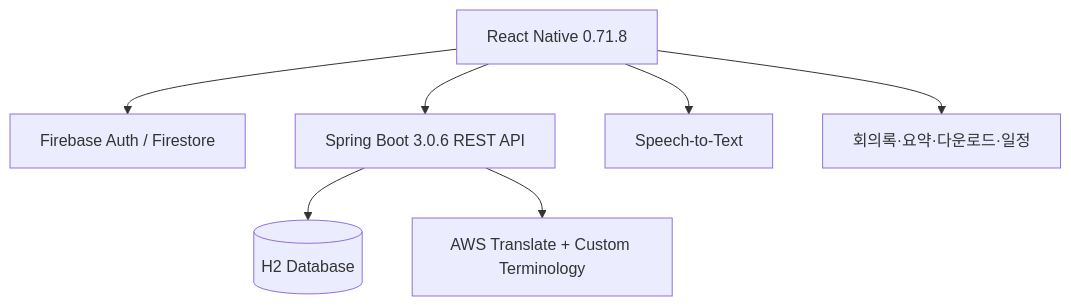
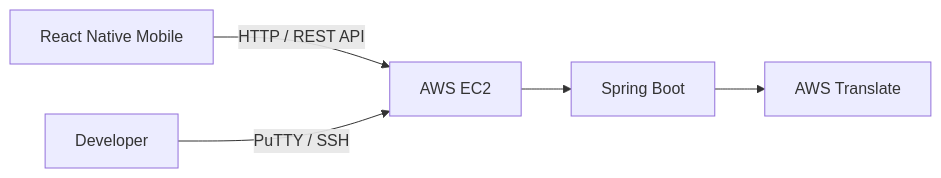
One commit to minjuko/transmate changed the third of 4 diagrams in README.md. Above: the diagram before and after it, drawn with Mermaid. The commit also changed other lines of this file, not shown here.

````diff
--- a/README.md
+++ b/README.md
@@ -126,9 +104,11 @@
 ```mermaid
-flowchart TB
-    M[React Native 0.71.8] --> F[Firebase Auth / Firestore]
-    M --> B[Spring Boot 3.0.6 REST API]
-    B --> DB[(H2 Database)]
-    B --> T[AWS Translate + Custom Terminology]
-    M --> S[Speech-to-Text]
-    M --> R[회의록·요약·다운로드·일정]
+flowchart LR
+    M[React Native Mobile]
+    -->|HTTP / REST API| E[AWS EC2]
+
+    E --> B[Spring Boot]
+    B --> T[AWS Translate]
+
+    D[Developer]
+    -->|PuTTY / SSH| E
 ```
````
